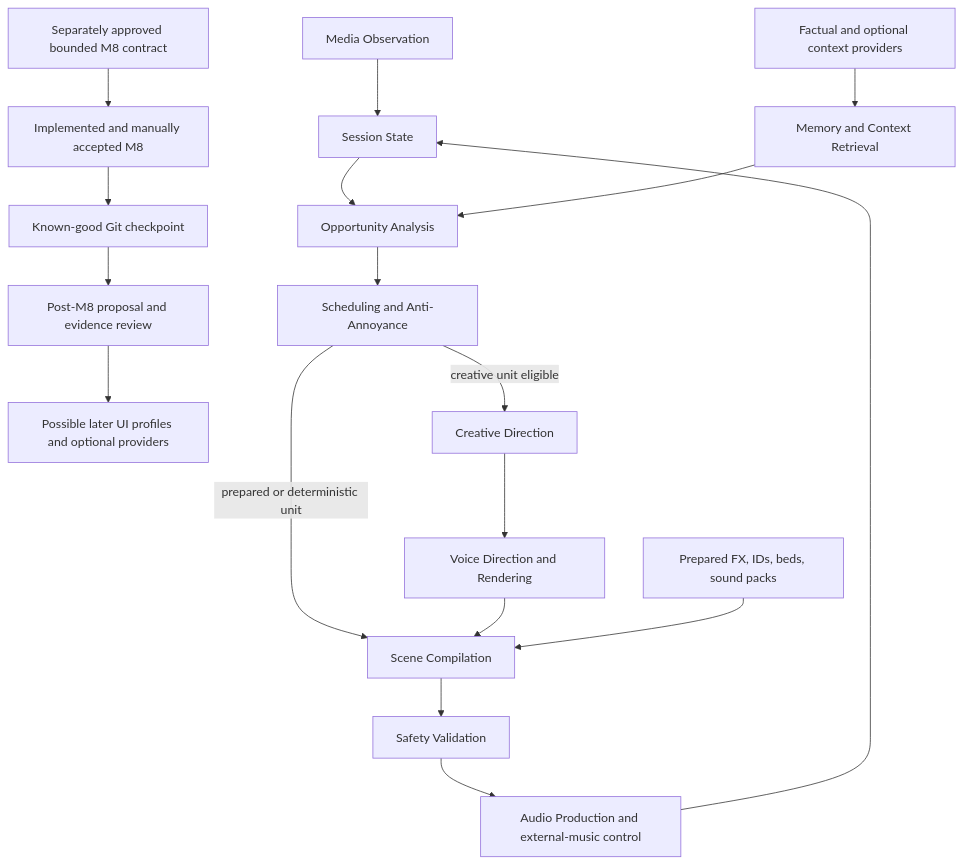
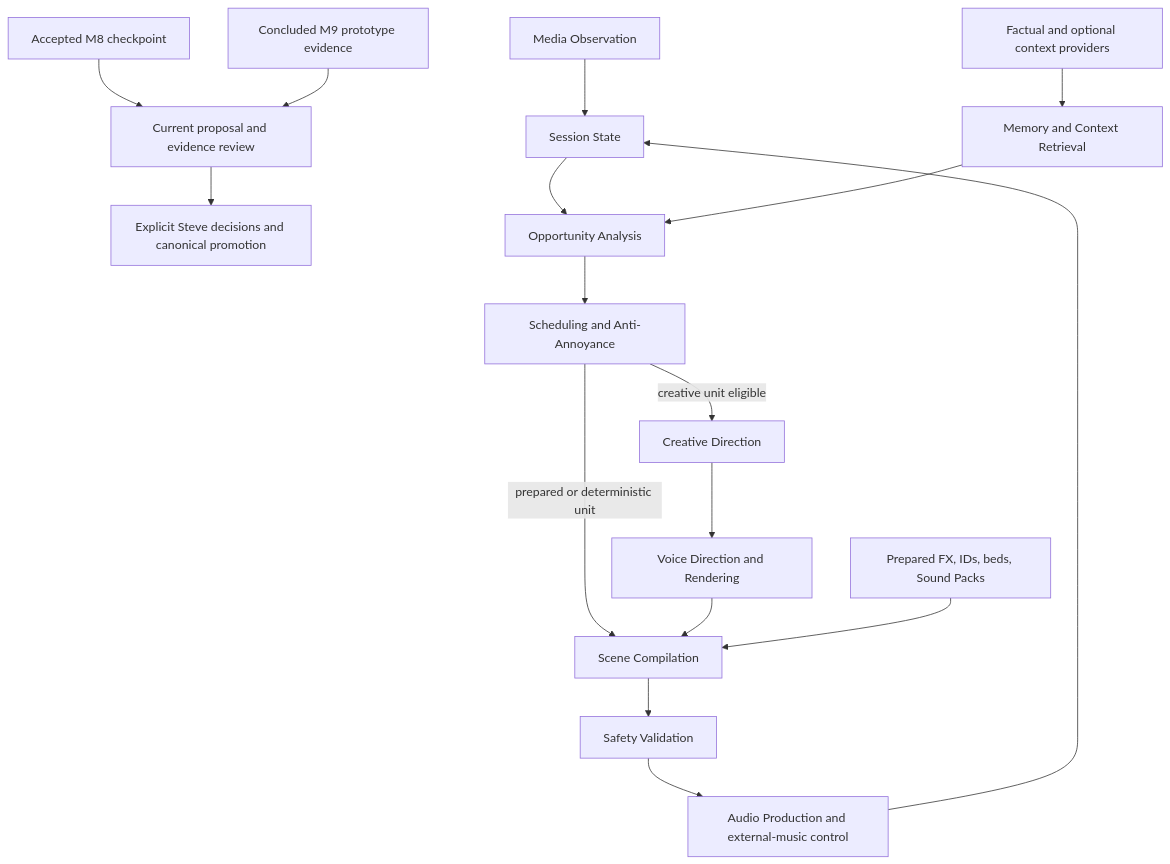
Before and after one commit to steveATC/ZoyaRadio: the diagram in docs/proposals/POST_M8_INTAKE.md, drawn with Mermaid. The commit also changed other lines of this file and 5 other files, not shown here.

````diff
--- a/docs/proposals/POST_M8_INTAKE.md
+++ b/docs/proposals/POST_M8_INTAKE.md
@@ -2075,20 +2326,20 @@
 ```mermaid
 flowchart TD
-    M8C["Separately approved bounded M8 contract"] --> M8A["Implemented and manually accepted M8"]
-    M8A --> CHECKPOINT["Known-good Git checkpoint"]
-    CHECKPOINT --> REVIEW["Post-M8 proposal and evidence review"]
-    REVIEW --> UI["Possible later UI profiles and optional providers"]
-    OBS["Media Observation"] --> STATE["Session State"]
+    M8["Accepted M8 checkpoint"] --> REVIEW["Current proposal and evidence review"]
+    M9["Concluded M9 prototype evidence"] --> REVIEW
+    REVIEW --> DECIDE["Explicit Steve decisions and canonical promotion"]
+
+    OBSERVE["Media Observation"] --> STATE["Session State"]
     STATE --> OPP["Opportunity Analysis"]
     MEM["Memory and Context Retrieval"] --> OPP
     FACT["Factual and optional context providers"] --> MEM
     OPP --> SCHED["Scheduling and Anti-Annoyance"]
     SCHED -->|creative unit eligible| DIR["Creative Direction"]
     SCHED -->|prepared or deterministic unit| SCENE["Scene Compilation"]
     DIR --> VOICE["Voice Direction and Rendering"]
     VOICE --> SCENE
-    ASSETS["Prepared FX, IDs, beds, sound packs"] --> SCENE
+    ASSETS["Prepared FX, IDs, beds, Sound Packs"] --> SCENE
     SCENE --> SAFE["Safety Validation"]
     SAFE --> MIX["Audio Production and external-music control"]
     MIX --> STATE
 ```
````
